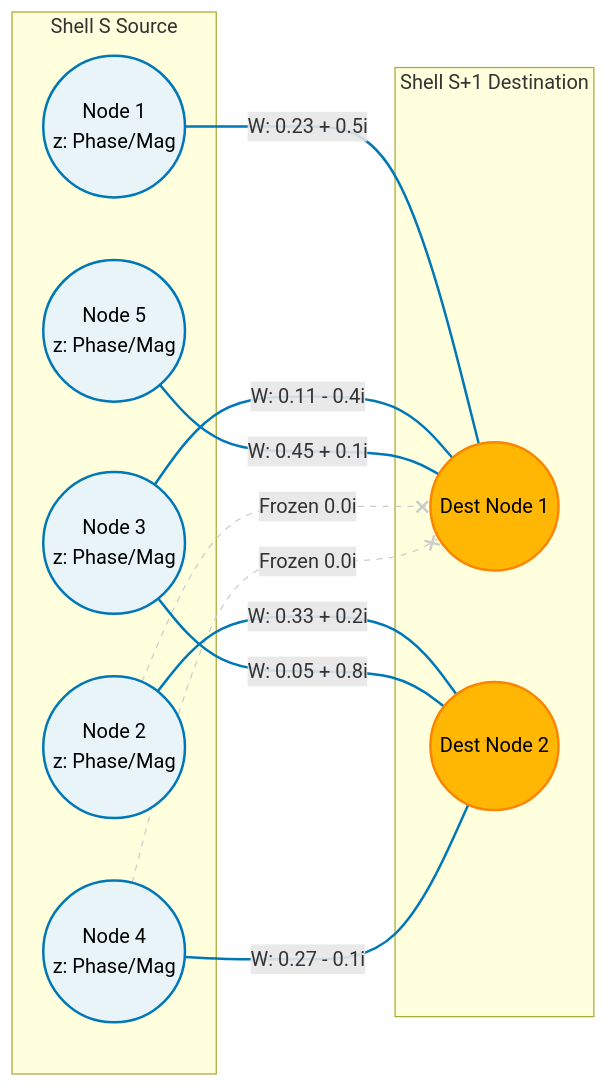
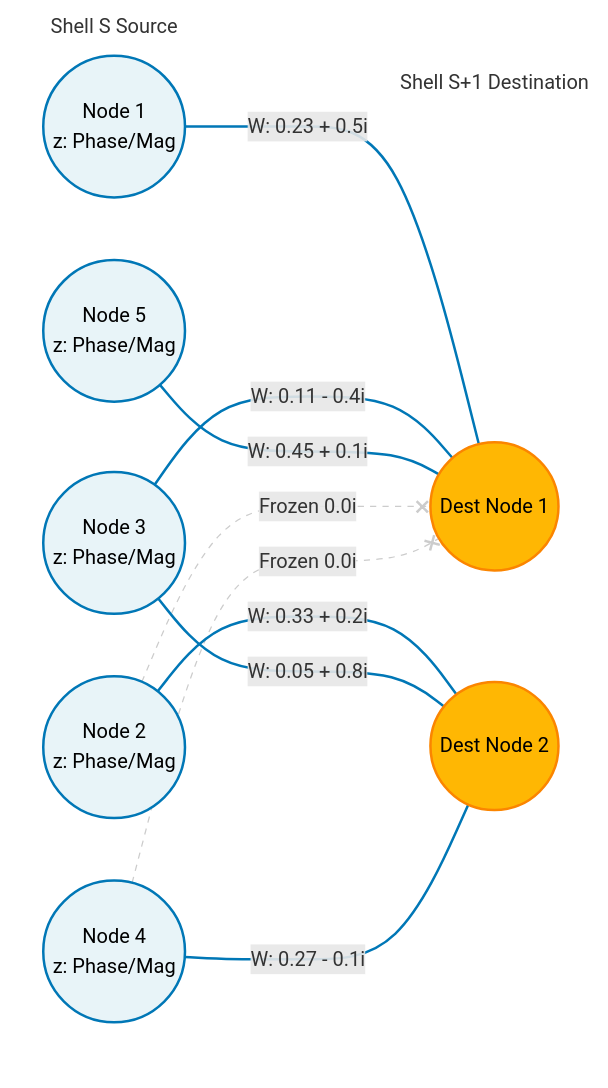
One commit to AnshumanJ28/Radical-Network-RadNET changed the seventh of 7 diagrams in README.md. Above: the diagram before and after it, drawn with Mermaid.

````diff
--- a/README.md
+++ b/README.md
@@ -167,39 +167,42 @@
 ```mermaid
 graph LR
     subgraph Source [Shell S Source]
         S1((Node 1<br>z: Phase/Mag))
         S2((Node 2<br>z: Phase/Mag))
         S3((Node 3<br>z: Phase/Mag))
         S4((Node 4<br>z: Phase/Mag))
         S5((Node 5<br>z: Phase/Mag))
     end
 
     subgraph Dest [Shell S+1 Destination]
         D1((Dest Node 1))
         D2((Dest Node 2))
     end
 
     %% k=3 Active Connections for D1
     S1 ===|"W: 0.23 + 0.5i"| D1
     S3 ===|"W: 0.11 - 0.4i"| D1
     S5 ===|"W: 0.45 + 0.1i"| D1
     
     %% Implicit frozen connections for D1
     S2 -.-x|"Frozen 0.0i"| D1
     S4 -.-x|"Frozen 0.0i"| D1
 
     %% k=3 Active Connections for D2
     S2 ===|"W: 0.33 + 0.2i"| D2
     S3 ===|"W: 0.05 + 0.8i"| D2
     S4 ===|"W: 0.27 - 0.1i"| D2
 
     %% Styling
     classDef active fill:#e8f4f8,stroke:#0077b6,stroke-width:2px,color:#000;
     classDef dest fill:#ffb703,stroke:#fb8500,stroke-width:2px,color:#000;
     
     class S1,S2,S3,S4,S5 active;
     class D1,D2 dest;
     
     linkStyle 0,1,2,5,6,7 stroke:#0077b6,stroke-width:2px;
     linkStyle 3,4 stroke:#ccc,stroke-width:1px,stroke-dasharray: 5 5;
+    
+    style Source fill:transparent,stroke:none;
+    style Dest fill:transparent,stroke:none;
 ```
````
